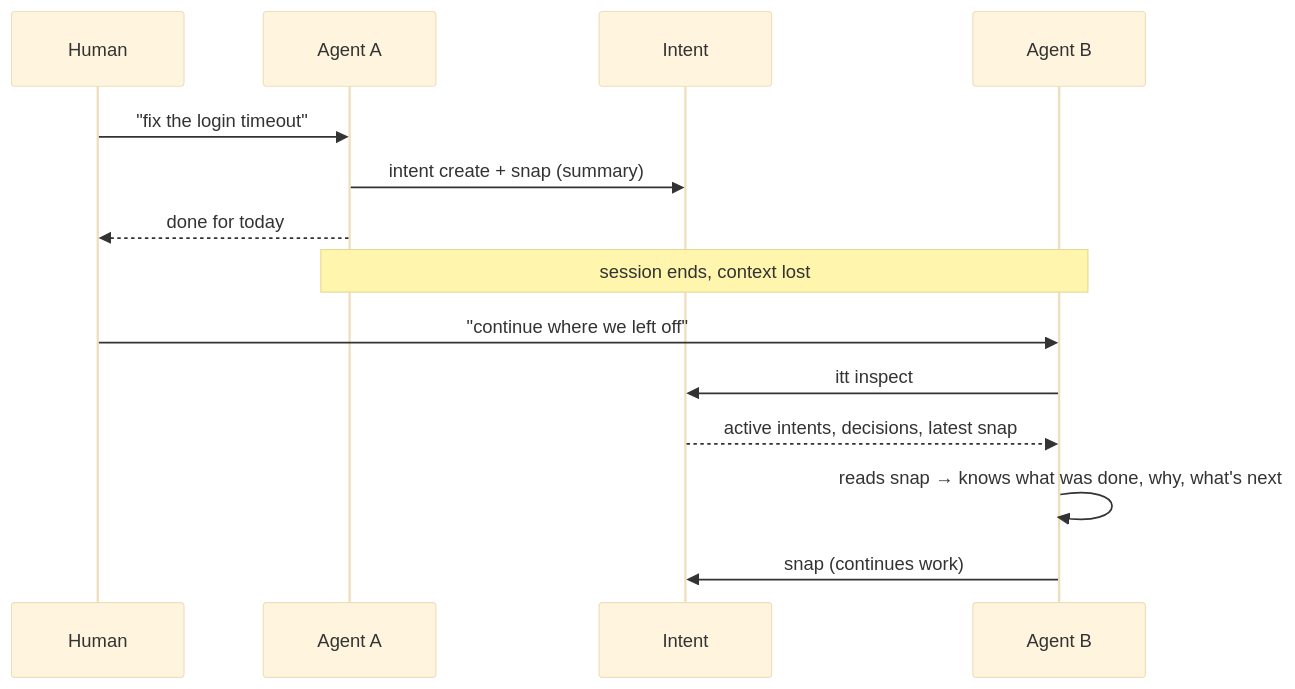
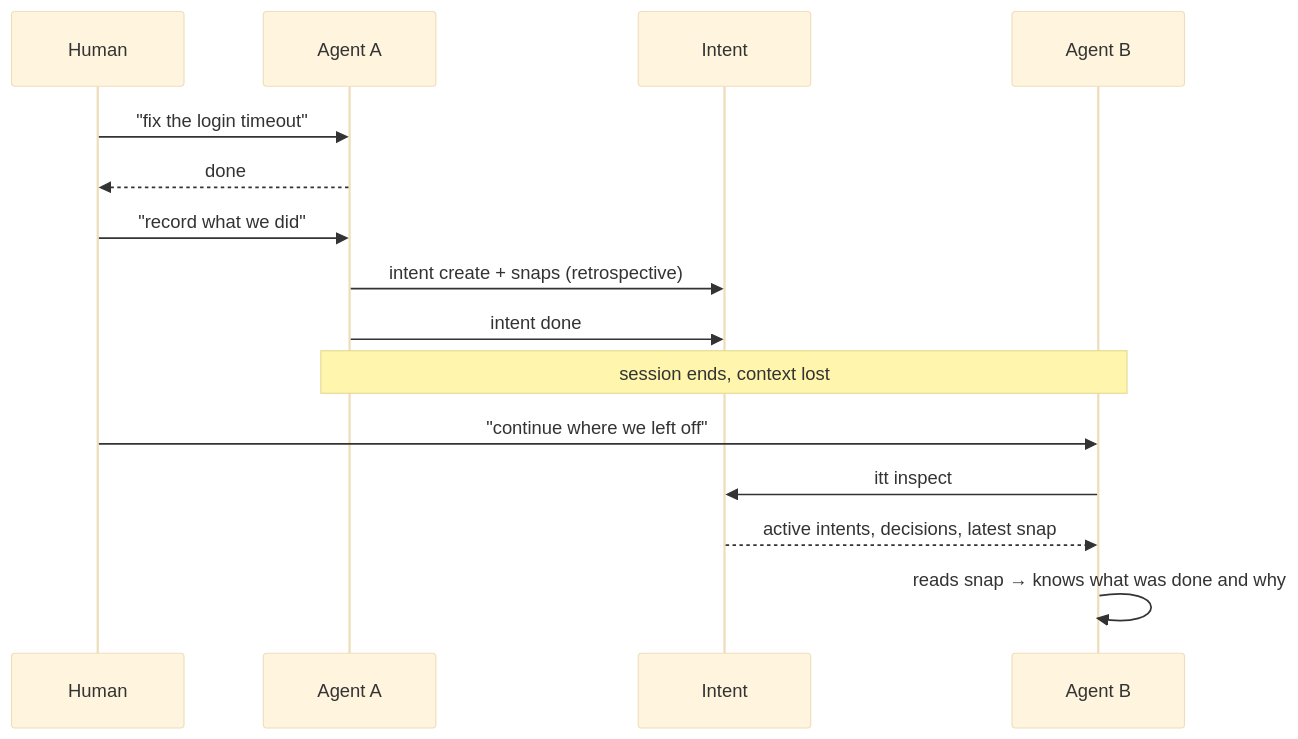
The third of 3 diagrams in docs/EN/vision.md (dozybot001/Intent), drawn with Mermaid (base theme) before and after one commit. The commit also changed other lines of this file and 1 other file, not shown here.

Commit message:
Align vision docs with retrospective recording model
Update sequence diagram to show user-initiated recording flow.
Replace "user feedback" question with "reasoning behind approach"
since query field no longer exists.

````diff
--- a/docs/EN/vision.md
+++ b/docs/EN/vision.md
@@ -144,19 +144,20 @@
 ```mermaid
 sequenceDiagram
   participant H as Human
   participant A as Agent A
   participant I as Intent
   participant B as Agent B
 
   H->>A: "fix the login timeout"
-  A->>I: intent create + snap (summary)
-  A-->>H: done for today
+  A-->>H: done
+  H->>A: "record what we did"
+  A->>I: intent create + snaps (retrospective)
+  A->>I: intent done
 
   Note over A,B: session ends, context lost
 
   H->>B: "continue where we left off"
   B->>I: itt inspect
   I-->>B: active intents, decisions, latest snap
-  B->>B: reads snap → knows what was done, why, what's next
-  B->>I: snap (continues work)
+  B->>B: reads snap → knows what was done and why
 ```
````
